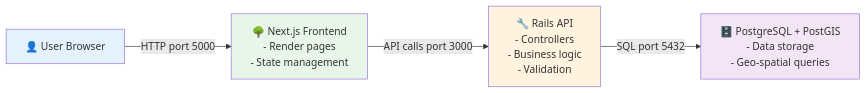
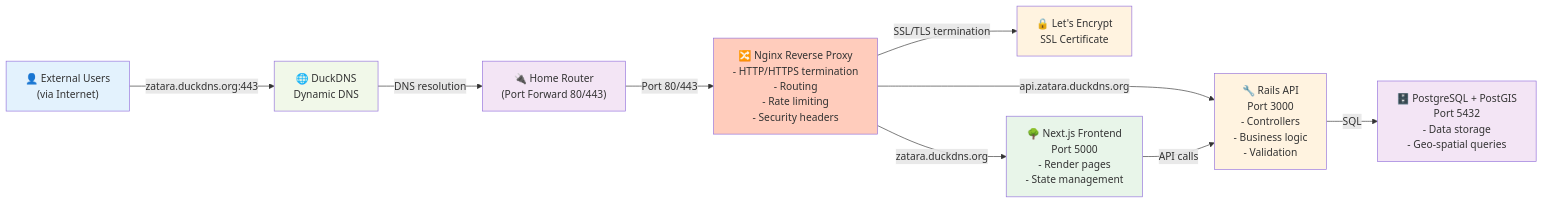
One commit to zatarain/portfolio changed the third of 4 diagrams in nomad/ARCHITECTURE.md. Above: the diagram before and after it, drawn with Mermaid. The commit also changed other lines of this file and 10 other files, not shown here.

Commit message:
PORT-015: Adding Nginx setup

````diff
--- a/nomad/ARCHITECTURE.md
+++ b/nomad/ARCHITECTURE.md
@@ -84,16 +104,29 @@
 ```mermaid
 graph LR
-    Browser["👤 User Browser"]
-    Frontend["🌳 Next.js Frontend<br/>- Render pages<br/>- State management"]
-    API["🔧 Rails API<br/>- Controllers<br/>- Business logic<br/>- Validation"]
-    Database["🗄️ PostgreSQL + PostGIS<br/>- Data storage<br/>- Geo-spatial queries"]
+    Internet["👤 External Users<br/>(via Internet)"]
+    DuckDNS["🌐 DuckDNS<br/>Dynamic DNS"]
+    LetEncrypt["🔒 Let's Encrypt<br/>SSL Certificate"]
+    Router["🔌 Home Router<br/>(Port Forward 80/443)"]
+    Nginx["🔀 Nginx Reverse Proxy<br/>- HTTP/HTTPS termination<br/>- Routing<br/>- Rate limiting<br/>- Security headers"]
+    Frontend["🌳 Next.js Frontend<br/>Port 5000<br/>- Render pages<br/>- State management"]
+    API["🔧 Rails API<br/>Port 3000<br/>- Controllers<br/>- Business logic<br/>- Validation"]
+    Database["🗄️ PostgreSQL + PostGIS<br/>Port 5432<br/>- Data storage<br/>- Geo-spatial queries"]
 
-    Browser -->|HTTP port 5000| Frontend
-    Frontend -->|API calls port 3000| API
-    API -->|SQL port 5432| Database
+    Internet -->|zatara.duckdns.org:443| DuckDNS
+    DuckDNS -->|DNS resolution| Router
+    Router -->|Port 80/443| Nginx
+    Nginx -->|SSL/TLS termination| LetEncrypt
+    Nginx -->|api.zatara.duckdns.org| API
+    Nginx -->|zatara.duckdns.org| Frontend
+    Frontend -->|API calls| API
+    API -->|SQL| Database
 
-    style Browser fill:#e3f2fd
+    style Internet fill:#e3f2fd
+    style DuckDNS fill:#f1f8e9
+    style LetEncrypt fill:#fff3e0
+    style Router fill:#f3e5f5
+    style Nginx fill:#ffccbc
     style Frontend fill:#e8f5e9
     style API fill:#fff3e0
     style Database fill:#f3e5f5
 ```
````
